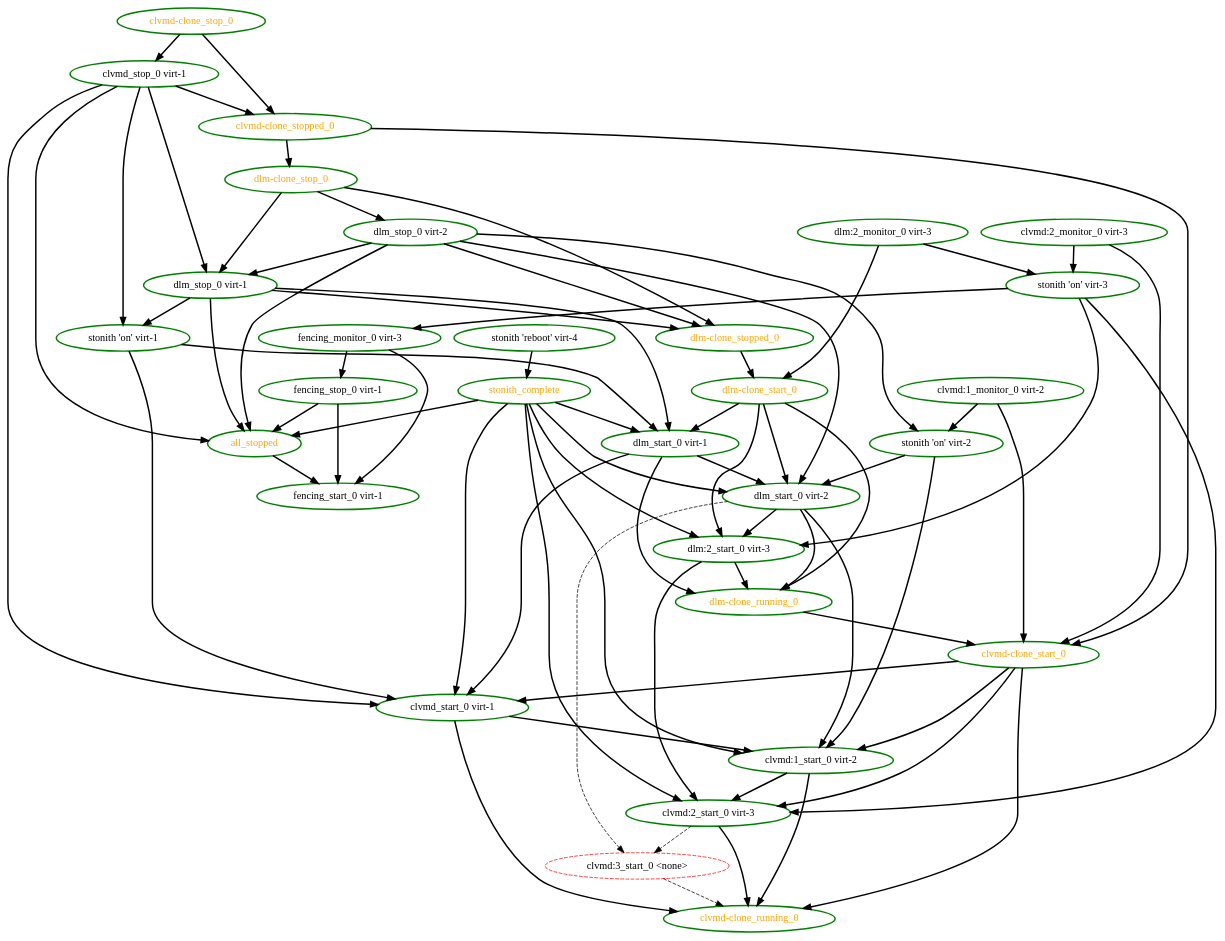
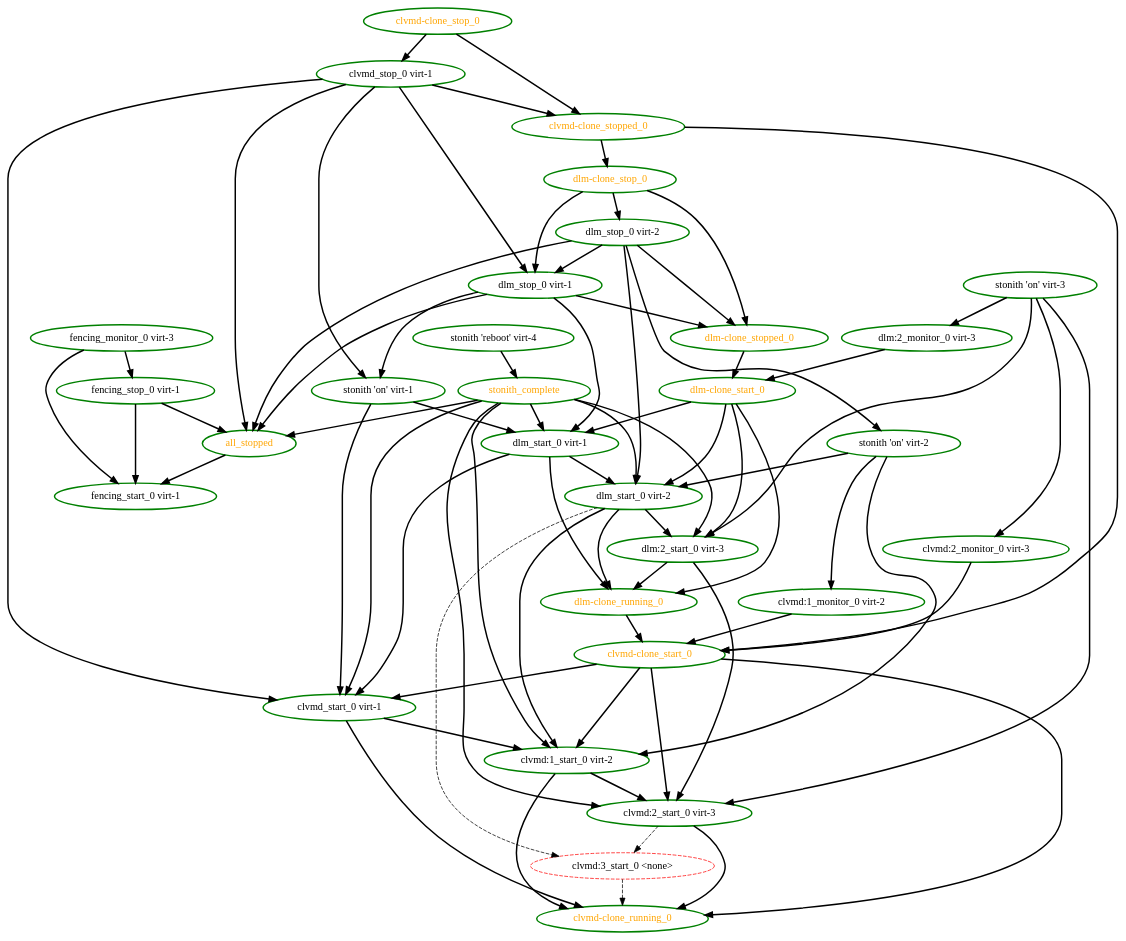
One commit to ClusterLabs/pacemaker changed the diagram in pengine/test10/unfence-parameters.dot. Above: the diagram before and after it, drawn with Graphviz. The commit also changed 169 other files, not shown here.

```diff
--- a/pengine/test10/unfence-parameters.dot
+++ b/pengine/test10/unfence-parameters.dot
@@ -1,105 +1,104 @@
 digraph "g" {
 "all_stopped" -> "fencing_start_0 virt-1" [ style = bold]
 "all_stopped" [ style=bold color="green" fontcolor="orange"]
 "clvmd-clone_running_0" [ style=bold color="green" fontcolor="orange"]
 "clvmd-clone_start_0" -> "clvmd-clone_running_0" [ style = bold]
 "clvmd-clone_start_0" -> "clvmd:1_start_0 virt-2" [ style = bold]
 "clvmd-clone_start_0" -> "clvmd:2_start_0 virt-3" [ style = bold]
 "clvmd-clone_start_0" -> "clvmd_start_0 virt-1" [ style = bold]
 "clvmd-clone_start_0" [ style=bold color="green" fontcolor="orange"]
 "clvmd-clone_stop_0" -> "clvmd-clone_stopped_0" [ style = bold]
 "clvmd-clone_stop_0" -> "clvmd_stop_0 virt-1" [ style = bold]
 "clvmd-clone_stop_0" [ style=bold color="green" fontcolor="orange"]
 "clvmd-clone_stopped_0" -> "clvmd-clone_start_0" [ style = bold]
 "clvmd-clone_stopped_0" -> "dlm-clone_stop_0" [ style = bold]
 "clvmd-clone_stopped_0" [ style=bold color="green" fontcolor="orange"]
 "clvmd:1_monitor_0 virt-2" -> "clvmd-clone_start_0" [ style = bold]
-"clvmd:1_monitor_0 virt-2" -> "stonith 'on' virt-2" [ style = bold]
 "clvmd:1_monitor_0 virt-2" [ style=bold color="green" fontcolor="black"]
 "clvmd:1_start_0 virt-2" -> "clvmd-clone_running_0" [ style = bold]
 "clvmd:1_start_0 virt-2" -> "clvmd:2_start_0 virt-3" [ style = bold]
 "clvmd:1_start_0 virt-2" [ style=bold color="green" fontcolor="black"]
 "clvmd:2_monitor_0 virt-3" -> "clvmd-clone_start_0" [ style = bold]
-"clvmd:2_monitor_0 virt-3" -> "stonith 'on' virt-3" [ style = bold]
 "clvmd:2_monitor_0 virt-3" [ style=bold color="green" fontcolor="black"]
 "clvmd:2_start_0 virt-3" -> "clvmd-clone_running_0" [ style = bold]
 "clvmd:2_start_0 virt-3" -> "clvmd:3_start_0 <none>" [ style = dashed]
 "clvmd:2_start_0 virt-3" [ style=bold color="green" fontcolor="black"]
 "clvmd:3_start_0 <none>" -> "clvmd-clone_running_0" [ style = dashed]
 "clvmd:3_start_0 <none>" [ style=dashed color="red" fontcolor="black"]
 "clvmd_start_0 virt-1" -> "clvmd-clone_running_0" [ style = bold]
 "clvmd_start_0 virt-1" -> "clvmd:1_start_0 virt-2" [ style = bold]
 "clvmd_start_0 virt-1" [ style=bold color="green" fontcolor="black"]
 "clvmd_stop_0 virt-1" -> "all_stopped" [ style = bold]
 "clvmd_stop_0 virt-1" -> "clvmd-clone_stopped_0" [ style = bold]
 "clvmd_stop_0 virt-1" -> "clvmd_start_0 virt-1" [ style = bold]
 "clvmd_stop_0 virt-1" -> "dlm_stop_0 virt-1" [ style = bold]
 "clvmd_stop_0 virt-1" -> "stonith 'on' virt-1" [ style = bold]
 "clvmd_stop_0 virt-1" [ style=bold color="green" fontcolor="black"]
 "dlm-clone_running_0" -> "clvmd-clone_start_0" [ style = bold]
 "dlm-clone_running_0" [ style=bold color="green" fontcolor="orange"]
 "dlm-clone_start_0" -> "dlm-clone_running_0" [ style = bold]
 "dlm-clone_start_0" -> "dlm:2_start_0 virt-3" [ style = bold]
 "dlm-clone_start_0" -> "dlm_start_0 virt-1" [ style = bold]
 "dlm-clone_start_0" -> "dlm_start_0 virt-2" [ style = bold]
 "dlm-clone_start_0" [ style=bold color="green" fontcolor="orange"]
 "dlm-clone_stop_0" -> "dlm-clone_stopped_0" [ style = bold]
 "dlm-clone_stop_0" -> "dlm_stop_0 virt-1" [ style = bold]
 "dlm-clone_stop_0" -> "dlm_stop_0 virt-2" [ style = bold]
 "dlm-clone_stop_0" [ style=bold color="green" fontcolor="orange"]
 "dlm-clone_stopped_0" -> "dlm-clone_start_0" [ style = bold]
 "dlm-clone_stopped_0" [ style=bold color="green" fontcolor="orange"]
 "dlm:2_monitor_0 virt-3" -> "dlm-clone_start_0" [ style = bold]
-"dlm:2_monitor_0 virt-3" -> "stonith 'on' virt-3" [ style = bold]
 "dlm:2_monitor_0 virt-3" [ style=bold color="green" fontcolor="black"]
 "dlm:2_start_0 virt-3" -> "clvmd:2_start_0 virt-3" [ style = bold]
 "dlm:2_start_0 virt-3" -> "dlm-clone_running_0" [ style = bold]
 "dlm:2_start_0 virt-3" [ style=bold color="green" fontcolor="black"]
 "dlm_start_0 virt-1" -> "clvmd_start_0 virt-1" [ style = bold]
 "dlm_start_0 virt-1" -> "dlm-clone_running_0" [ style = bold]
 "dlm_start_0 virt-1" -> "dlm_start_0 virt-2" [ style = bold]
 "dlm_start_0 virt-1" [ style=bold color="green" fontcolor="black"]
 "dlm_start_0 virt-2" -> "clvmd:1_start_0 virt-2" [ style = bold]
 "dlm_start_0 virt-2" -> "clvmd:3_start_0 <none>" [ style = dashed]
 "dlm_start_0 virt-2" -> "dlm-clone_running_0" [ style = bold]
 "dlm_start_0 virt-2" -> "dlm:2_start_0 virt-3" [ style = bold]
 "dlm_start_0 virt-2" [ style=bold color="green" fontcolor="black"]
 "dlm_stop_0 virt-1" -> "all_stopped" [ style = bold]
 "dlm_stop_0 virt-1" -> "dlm-clone_stopped_0" [ style = bold]
 "dlm_stop_0 virt-1" -> "dlm_start_0 virt-1" [ style = bold]
 "dlm_stop_0 virt-1" -> "stonith 'on' virt-1" [ style = bold]
 "dlm_stop_0 virt-1" [ style=bold color="green" fontcolor="black"]
 "dlm_stop_0 virt-2" -> "all_stopped" [ style = bold]
 "dlm_stop_0 virt-2" -> "dlm-clone_stopped_0" [ style = bold]
 "dlm_stop_0 virt-2" -> "dlm_start_0 virt-2" [ style = bold]
 "dlm_stop_0 virt-2" -> "dlm_stop_0 virt-1" [ style = bold]
 "dlm_stop_0 virt-2" -> "stonith 'on' virt-2" [ style = bold]
 "dlm_stop_0 virt-2" [ style=bold color="green" fontcolor="black"]
 "fencing_monitor_0 virt-3" -> "fencing_start_0 virt-1" [ style = bold]
 "fencing_monitor_0 virt-3" -> "fencing_stop_0 virt-1" [ style = bold]
 "fencing_monitor_0 virt-3" [ style=bold color="green" fontcolor="black"]
 "fencing_start_0 virt-1" [ style=bold color="green" fontcolor="black"]
 "fencing_stop_0 virt-1" -> "all_stopped" [ style = bold]
 "fencing_stop_0 virt-1" -> "fencing_start_0 virt-1" [ style = bold]
 "fencing_stop_0 virt-1" [ style=bold color="green" fontcolor="black"]
 "stonith 'on' virt-1" -> "clvmd_start_0 virt-1" [ style = bold]
 "stonith 'on' virt-1" -> "dlm_start_0 virt-1" [ style = bold]
 "stonith 'on' virt-1" [ style=bold color="green" fontcolor="black"]
+"stonith 'on' virt-2" -> "clvmd:1_monitor_0 virt-2" [ style = bold]
 "stonith 'on' virt-2" -> "clvmd:1_start_0 virt-2" [ style = bold]
 "stonith 'on' virt-2" -> "dlm_start_0 virt-2" [ style = bold]
 "stonith 'on' virt-2" [ style=bold color="green" fontcolor="black"]
+"stonith 'on' virt-3" -> "clvmd:2_monitor_0 virt-3" [ style = bold]
 "stonith 'on' virt-3" -> "clvmd:2_start_0 virt-3" [ style = bold]
+"stonith 'on' virt-3" -> "dlm:2_monitor_0 virt-3" [ style = bold]
 "stonith 'on' virt-3" -> "dlm:2_start_0 virt-3" [ style = bold]
-"stonith 'on' virt-3" -> "fencing_monitor_0 virt-3" [ style = bold]
 "stonith 'on' virt-3" [ style=bold color="green" fontcolor="black"]
 "stonith 'reboot' virt-4" -> "stonith_complete" [ style = bold]
 "stonith 'reboot' virt-4" [ style=bold color="green" fontcolor="black"]
 "stonith_complete" -> "all_stopped" [ style = bold]
 "stonith_complete" -> "clvmd:1_start_0 virt-2" [ style = bold]
 "stonith_complete" -> "clvmd:2_start_0 virt-3" [ style = bold]
 "stonith_complete" -> "clvmd_start_0 virt-1" [ style = bold]
 "stonith_complete" -> "dlm:2_start_0 virt-3" [ style = bold]
 "stonith_complete" -> "dlm_start_0 virt-1" [ style = bold]
 "stonith_complete" -> "dlm_start_0 virt-2" [ style = bold]
 "stonith_complete" [ style=bold color="green" fontcolor="orange"]
 }
```
